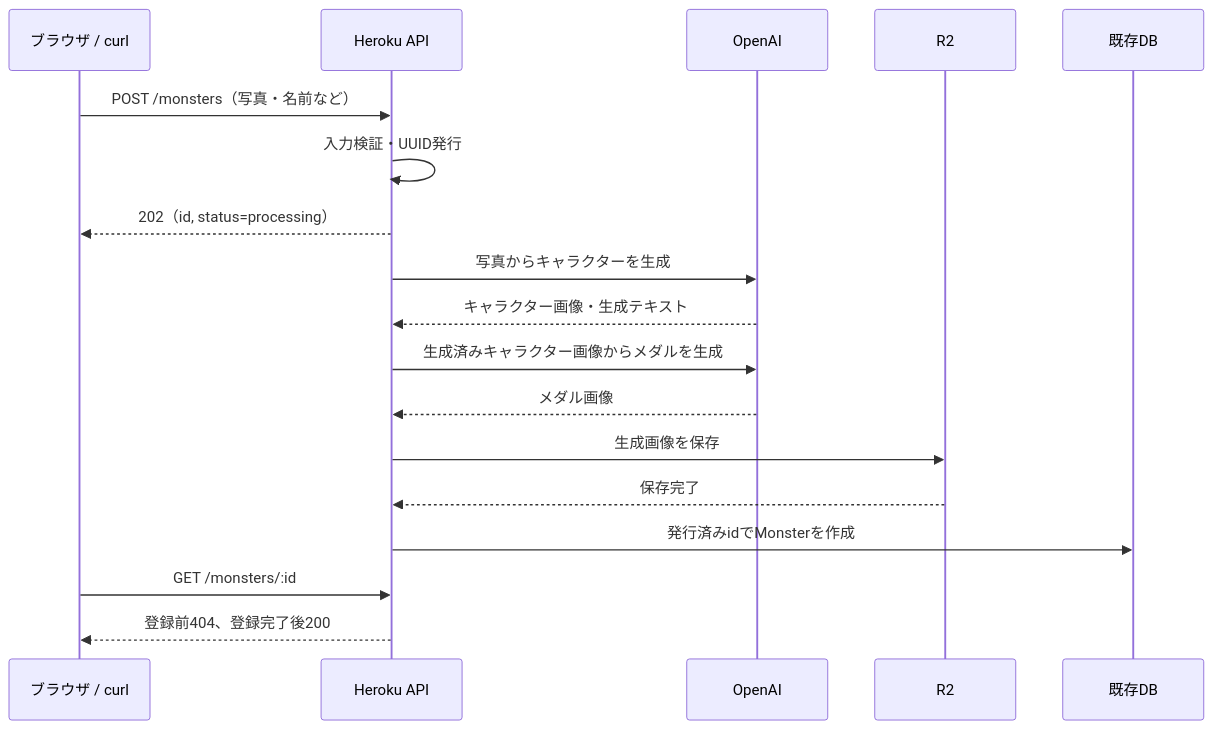
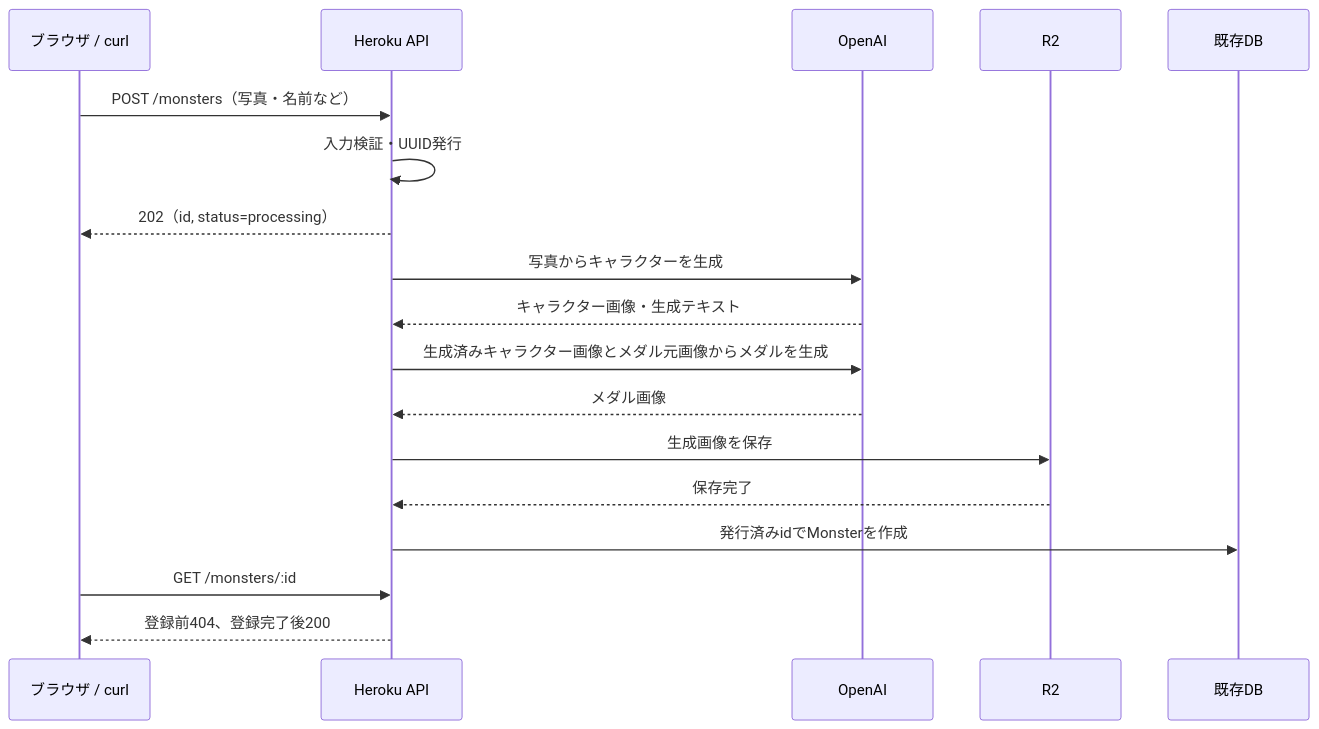
Before and after one commit to takano-hi/yokai-watch: the diagram in docs/image-generation-deferred-registration.md, drawn with Mermaid. The commit also changed other lines of this file and 4 other files, not shown here.

````diff
--- a/docs/image-generation-deferred-registration.md
+++ b/docs/image-generation-deferred-registration.md
@@ -15,20 +15,20 @@
 ```mermaid
 sequenceDiagram
     participant Client as ブラウザ / curl
     participant API as Heroku API
     participant OpenAI as OpenAI
     participant R2 as R2
     participant DB as 既存DB
     Client->>API: POST /monsters（写真・名前など）
     API->>API: 入力検証・UUID発行
     API-->>Client: 202（id, status=processing）
     API->>OpenAI: 写真からキャラクターを生成
     OpenAI-->>API: キャラクター画像・生成テキスト
-    API->>OpenAI: 生成済みキャラクター画像からメダルを生成
+    API->>OpenAI: 生成済みキャラクター画像とメダル元画像からメダルを生成
     OpenAI-->>API: メダル画像
     API->>R2: 生成画像を保存
     R2-->>API: 保存完了
     API->>DB: 発行済みidでMonsterを作成
     Client->>API: GET /monsters/:id
     API-->>Client: 登録前404、登録完了後200
 ```
````
